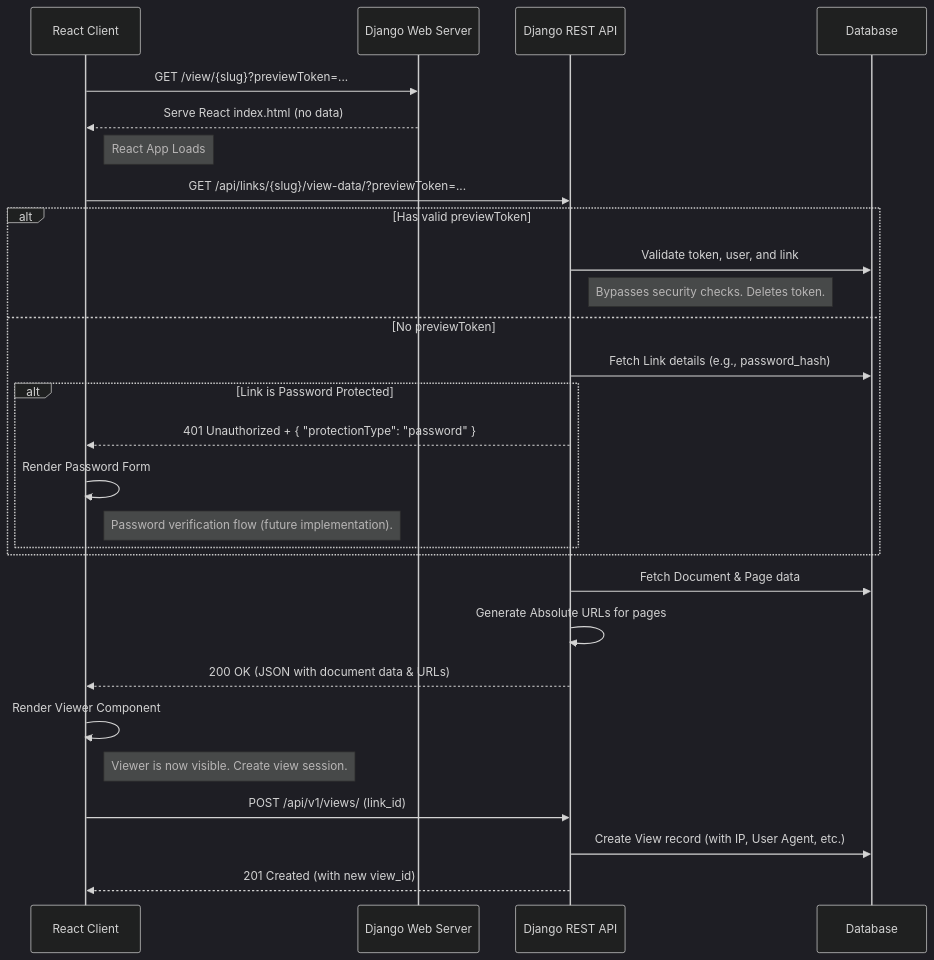
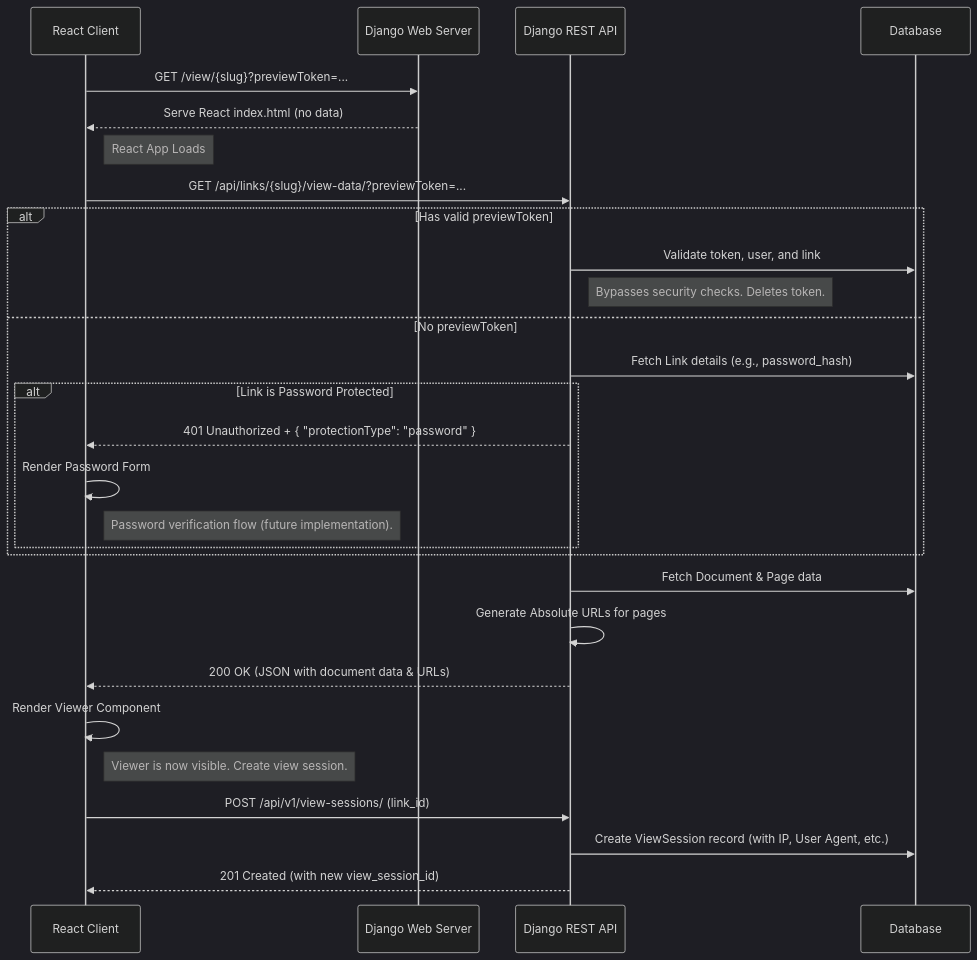
One commit to coneshare/coneshare changed the diagram in docs/coneshare-share-link-view-logic.md. Above: the diagram before and after it, drawn with Mermaid (dark theme). The commit also changed other lines of this file and 14 other files, not shown here.

Commit message:
refactor: Rename View model to ViewSession for clarity

````diff
--- a/docs/coneshare-share-link-view-logic.md
+++ b/docs/coneshare-share-link-view-logic.md
@@ -15,36 +15,36 @@
 ```mermaid
 sequenceDiagram
     participant Client as React Client
     participant Django as Django Web Server
     participant API as Django REST API
     participant DB as Database
 
     Client->>Django: GET /view/{slug}?previewToken=...
     Django-->>Client: Serve React index.html (no data)
 
     Note right of Client: React App Loads
 
     Client->>API: GET /api/links/{slug}/view-data/?previewToken=...
     
     alt Has valid previewToken
         API->>DB: Validate token, user, and link
         Note right of API: Bypasses security checks. Deletes token.
     else No previewToken
         API->>DB: Fetch Link details (e.g., password_hash)
         alt Link is Password Protected
             API-->>Client: 401 Unauthorized + { "protectionType": "password" }
             Client->>Client: Render Password Form
             Note right of Client: Password verification flow (future implementation).
         end
     end
 
     API->>DB: Fetch Document & Page data
     API->>API: Generate Absolute URLs for pages
     API-->>Client: 200 OK (JSON with document data & URLs)
     Client->>Client: Render Viewer Component
     
     Note right of Client: Viewer is now visible. Create view session.
-    Client->>API: POST /api/v1/views/ (link_id)
-    API->>DB: Create View record (with IP, User Agent, etc.)
-    API-->>Client: 201 Created (with new view_id)
+    Client->>API: POST /api/v1/view-sessions/ (link_id)
+    API->>DB: Create ViewSession record (with IP, User Agent, etc.)
+    API-->>Client: 201 Created (with new view_session_id)
 ```
````
